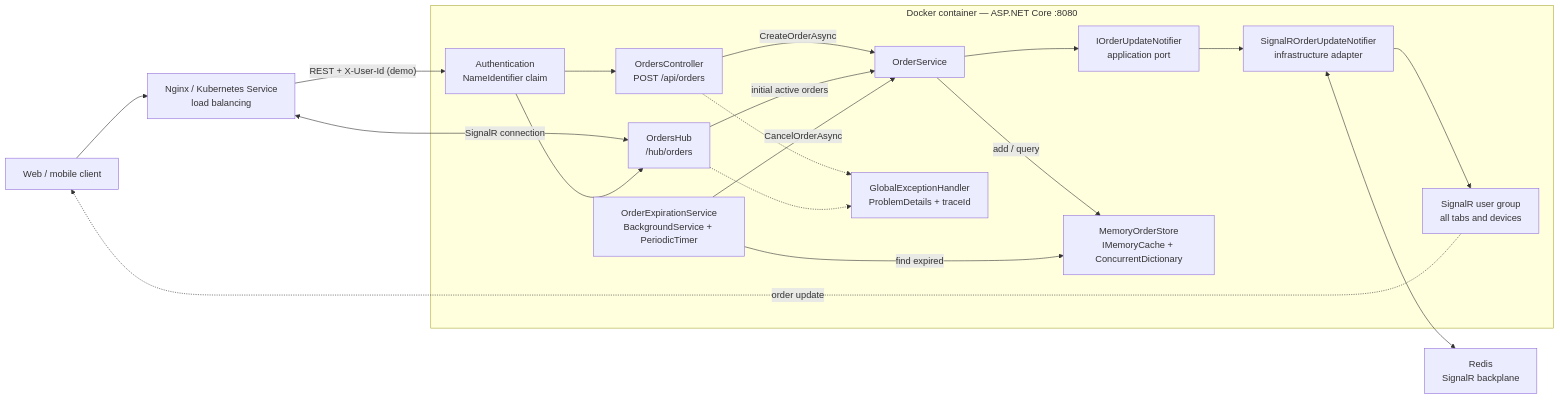
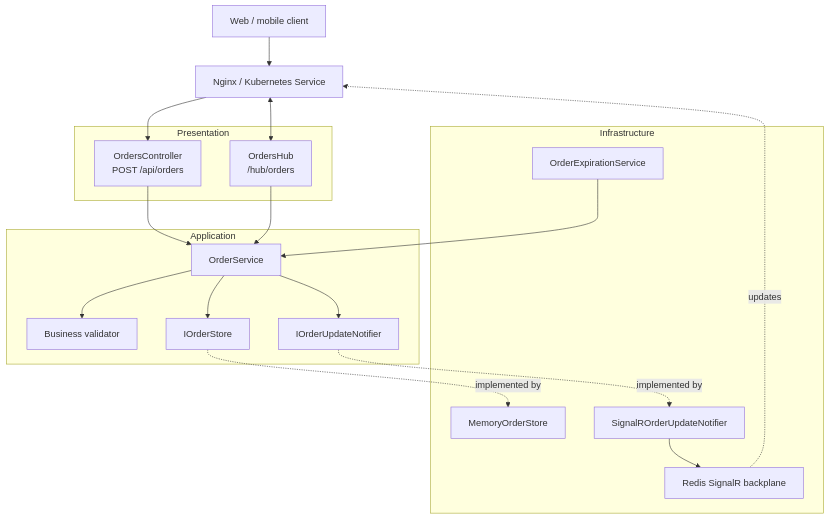
Before and after one commit to alexKuzovkov/order-realtime-api: the first of 2 diagrams in README.md, drawn with Mermaid. The commit also changed other lines of this file and 12 other files, not shown here.

````diff
--- a/README.md
+++ b/README.md
@@ -5,34 +5,36 @@
 ```mermaid
-flowchart LR
-    Client["Web / mobile client"]
-    Gateway["Nginx / Kubernetes Service<br/>load balancing"]
-    Redis["Redis<br/>SignalR backplane"]
-    subgraph Container["Docker container — ASP.NET Core :8080"]
-        Auth["Authentication<br/>NameIdentifier claim"]
-        Api["OrdersController<br/>POST /api/orders"]
+flowchart TB
+    Client["Web / mobile client"] --> Gateway["Nginx / Kubernetes Service"]
+
+    subgraph Api["Presentation"]
+        Controller["OrdersController<br/>POST /api/orders"]
         Hub["OrdersHub<br/>/hub/orders"]
-        Service["OrderService"]
-        Port["IOrderUpdateNotifier<br/>application port"]
-        Adapter["SignalROrderUpdateNotifier<br/>infrastructure adapter"]
-        Store["MemoryOrderStore<br/>IMemoryCache + ConcurrentDictionary"]
-        Worker["OrderExpirationService<br/>BackgroundService + PeriodicTimer"]
-        Group["SignalR user group<br/>all tabs and devices"]
-        Errors["GlobalExceptionHandler<br/>ProblemDetails + traceId"]
     end
 
-    Client --> Gateway
-    Gateway -->|"REST + X-User-Id (demo)"| Auth
-    Gateway <-->|"SignalR connection"| Hub
-    Auth --> Api
-    Auth --> Hub
-    Api -->|"CreateOrderAsync"| Service
-    Hub -->|"initial active orders"| Service
-    Service -->|"add / query"| Store
-    Service --> Port --> Adapter --> Group
-    Worker -->|"find expired"| Store
-    Worker -->|"CancelOrderAsync"| Service
-    Group -.->|"order update"| Client
-    Adapter <--> Redis
-    Api -.-> Errors
-    Hub -.-> Errors
+    subgraph Application["Application"]
+        Service["OrderService"]
+        Validator["Business validator"]
+        StorePort["IOrderStore"]
+        NotifierPort["IOrderUpdateNotifier"]
+    end
+
+    subgraph Infrastructure["Infrastructure"]
+        Store["MemoryOrderStore"]
+        Notifier["SignalROrderUpdateNotifier"]
+        Worker["OrderExpirationService"]
+        Redis["Redis SignalR backplane"]
+    end
+
+    Gateway --> Controller
+    Gateway <--> Hub
+    Controller --> Service
+    Hub --> Service
+    Worker --> Service
+    Service --> Validator
+    Service --> StorePort
+    Service --> NotifierPort
+    StorePort -. "implemented by" .-> Store
+    NotifierPort -. "implemented by" .-> Notifier
+    Notifier --> Redis
+    Redis -. "updates" .-> Gateway
 ```
````
